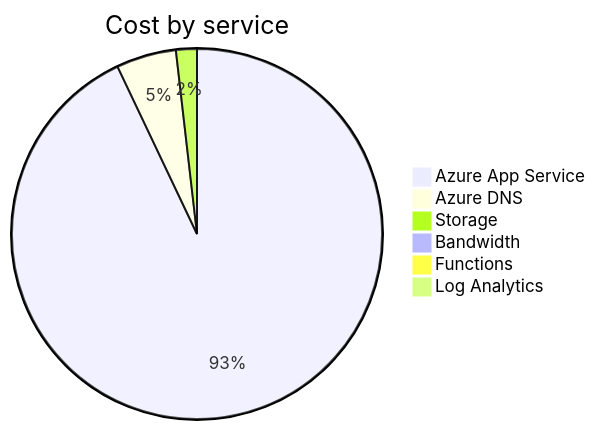
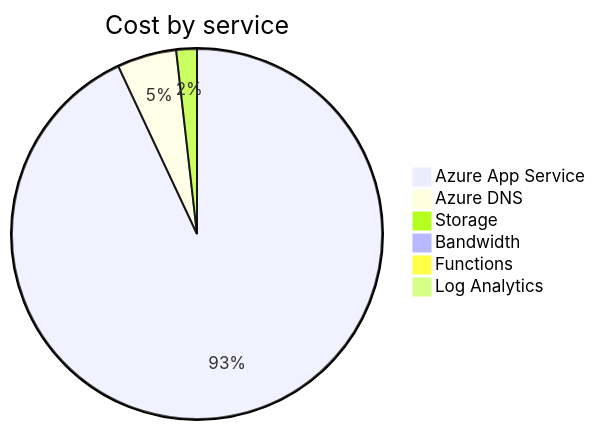
One commit to jpfulton/azure-personal-reports changed the second of 4 diagrams in cost-reports/accumulated-cost.md. Above: the diagram before and after it, drawn with Mermaid. The commit also changed other lines of this file and 4 other files, not shown here.

````diff
--- a/cost-reports/accumulated-cost.md
+++ b/cost-reports/accumulated-cost.md
@@ -100,10 +100,10 @@
 ```mermaid
 pie
    title Cost by service
-   "Azure App Service" : 7.64
-   "Azure DNS" : 0.43
-   "Storage" : 0.15
+   "Azure App Service" : 8.26
+   "Azure DNS" : 0.46
+   "Storage" : 0.16
    "Bandwidth" : 0.00
    "Functions" : 0.00
    "Log Analytics" : 0.00
 ```
````
